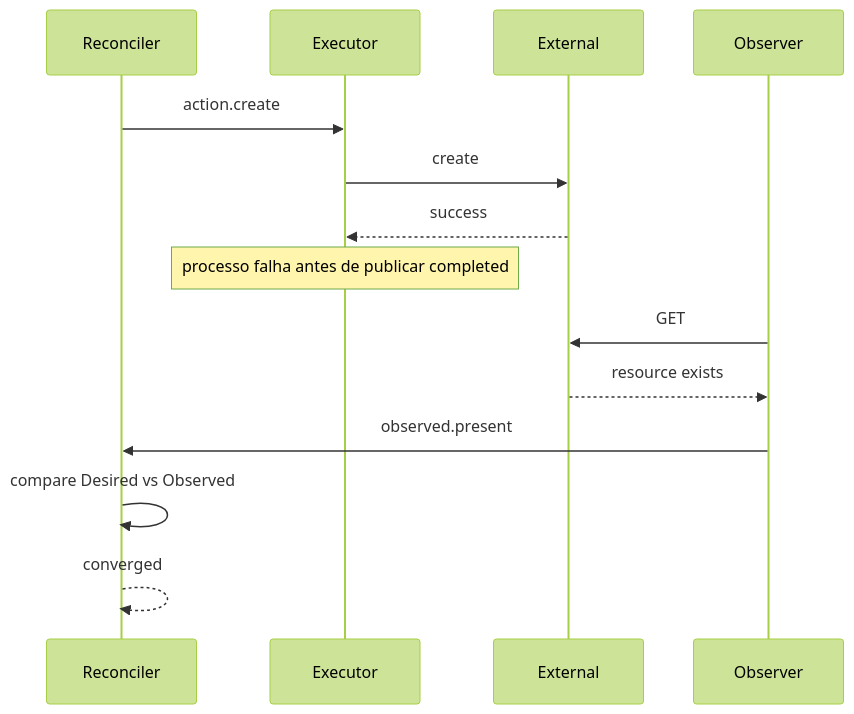
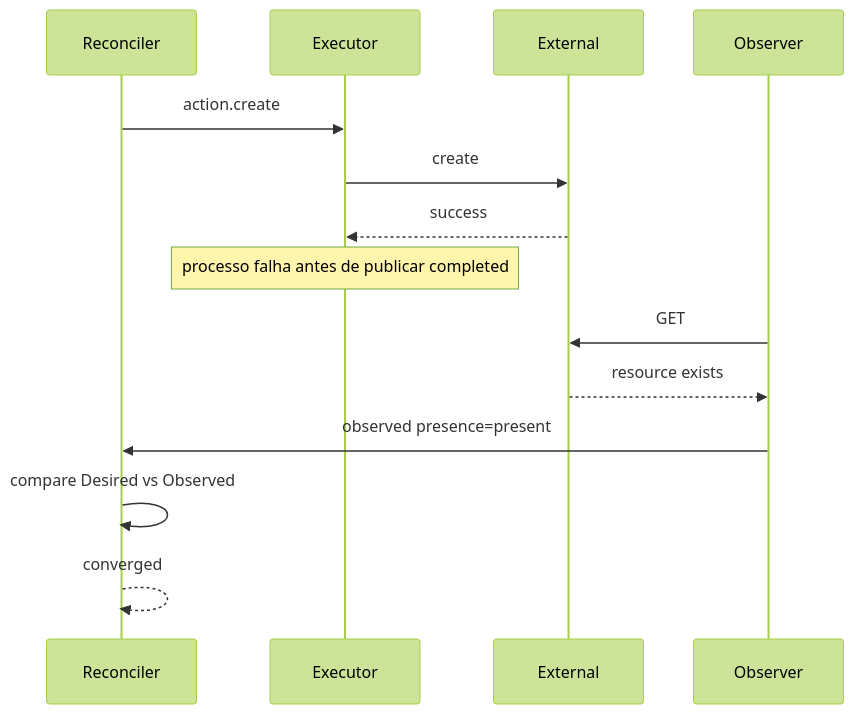
Diagram 26 of 44 in docs/RESOURCE-CONTROL-LOOP.md (danielsabatini/smarkee), drawn with Mermaid (forest theme) before and after one commit. The commit also changed other lines of this file and 1 other file, not shown here.

````diff
--- a/docs/RESOURCE-CONTROL-LOOP.md
+++ b/docs/RESOURCE-CONTROL-LOOP.md
@@ -1168,21 +1168,21 @@
 ```mermaid
 sequenceDiagram
 
     participant R as Reconciler
     participant E as Executor
     participant X as External
     participant O as Observer
 
     R->>E: action.create
     E->>X: create
     X-->>E: success
 
     Note over E: processo falha antes de publicar completed
 
     O->>X: GET
     X-->>O: resource exists
-    O->>R: observed.present
+    O->>R: observed presence=present
 
     R->>R: compare Desired vs Observed
     R-->>R: converged
 ```
````
